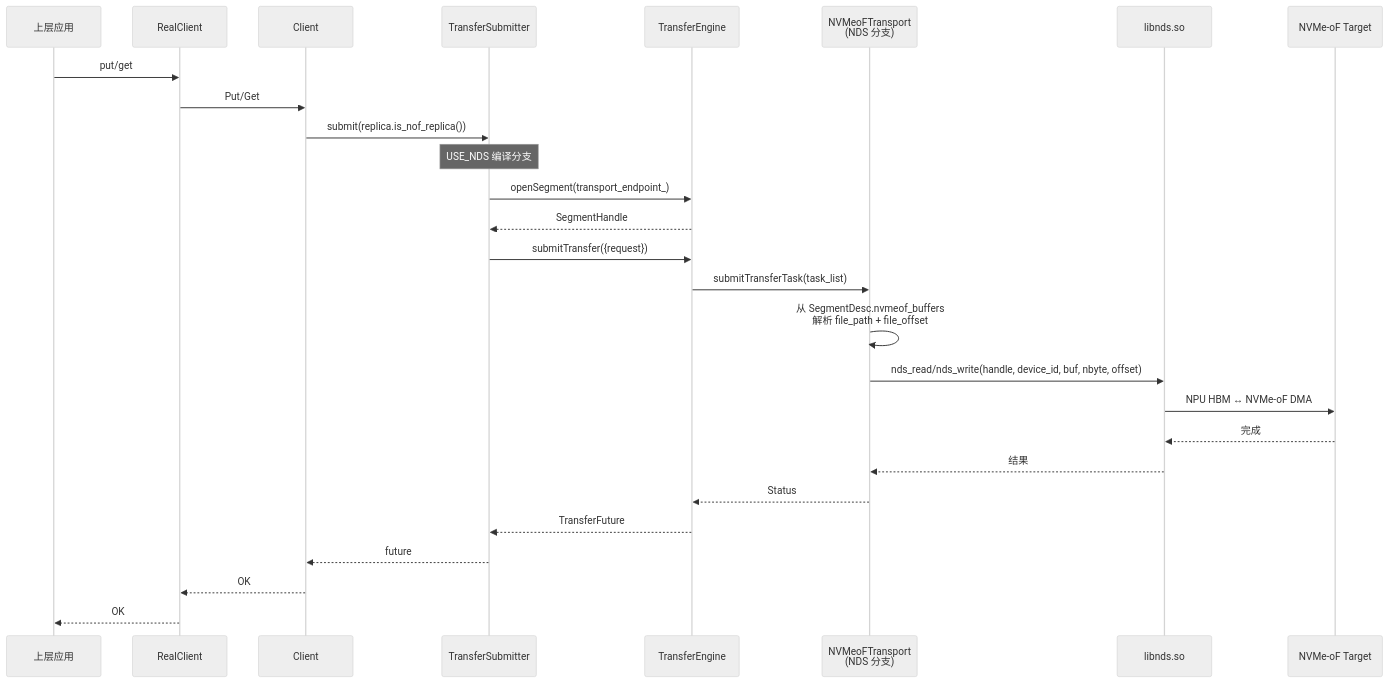
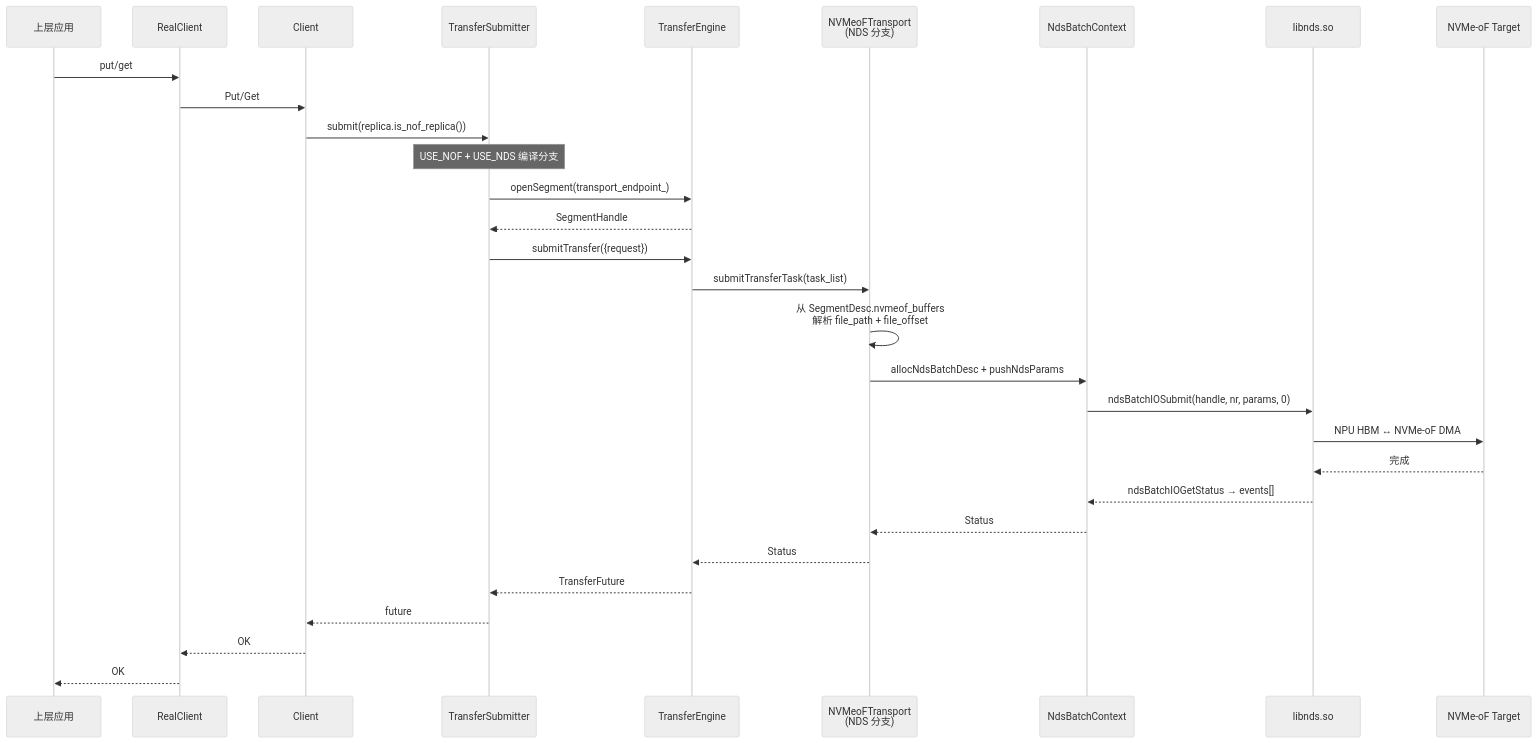
Before and after one commit to yz53665/Mooncake: diagram 17 of 17 in docs/rfc-nds-nvmeof-transport-cn.md, drawn with Mermaid (neutral theme). The commit also changed other lines of this file, not shown here.

````diff
--- a/docs/rfc-nds-nvmeof-transport-cn.md
+++ b/docs/rfc-nds-nvmeof-transport-cn.md
@@ -705,30 +725,33 @@
 ```mermaid
 sequenceDiagram
     participant App as 上层应用
     participant RC as RealClient
     participant C as Client
     participant TS as TransferSubmitter
     participant TE as TransferEngine
     participant NVT as NVMeoFTransport<br/>(NDS 分支)
+    participant NdsBatch as NdsBatchContext
     participant NDS as libnds.so
     participant TGT as NVMe-oF Target
 
     App->>RC: put/get
     RC->>C: Put/Get
     C->>TS: submit(replica.is_nof_replica())
-    Note over TS: USE_NDS 编译分支
+    Note over TS: USE_NOF + USE_NDS 编译分支
     TS->>TE: openSegment(transport_endpoint_)
     TE-->>TS: SegmentHandle
     TS->>TE: submitTransfer({request})
     TE->>NVT: submitTransferTask(task_list)
     NVT->>NVT: 从 SegmentDesc.nvmeof_buffers<br/>解析 file_path + file_offset
-    NVT->>NDS: nds_read/nds_write(handle, device_id, buf, nbyte, offset)
+    NVT->>NdsBatch: allocNdsBatchDesc + pushNdsParams
+    NdsBatch->>NDS: ndsBatchIOSubmit(handle, nr, params, 0)
     NDS->>TGT: NPU HBM ↔ NVMe-oF DMA
     TGT-->>NDS: 完成
-    NDS-->>NVT: 结果
+    NDS-->>NdsBatch: ndsBatchIOGetStatus → events[]
+    NdsBatch-->>NVT: Status
     NVT-->>TE: Status
     TE-->>TS: TransferFuture
     TS-->>C: future
     C-->>RC: OK
     RC-->>App: OK
 ```
````
